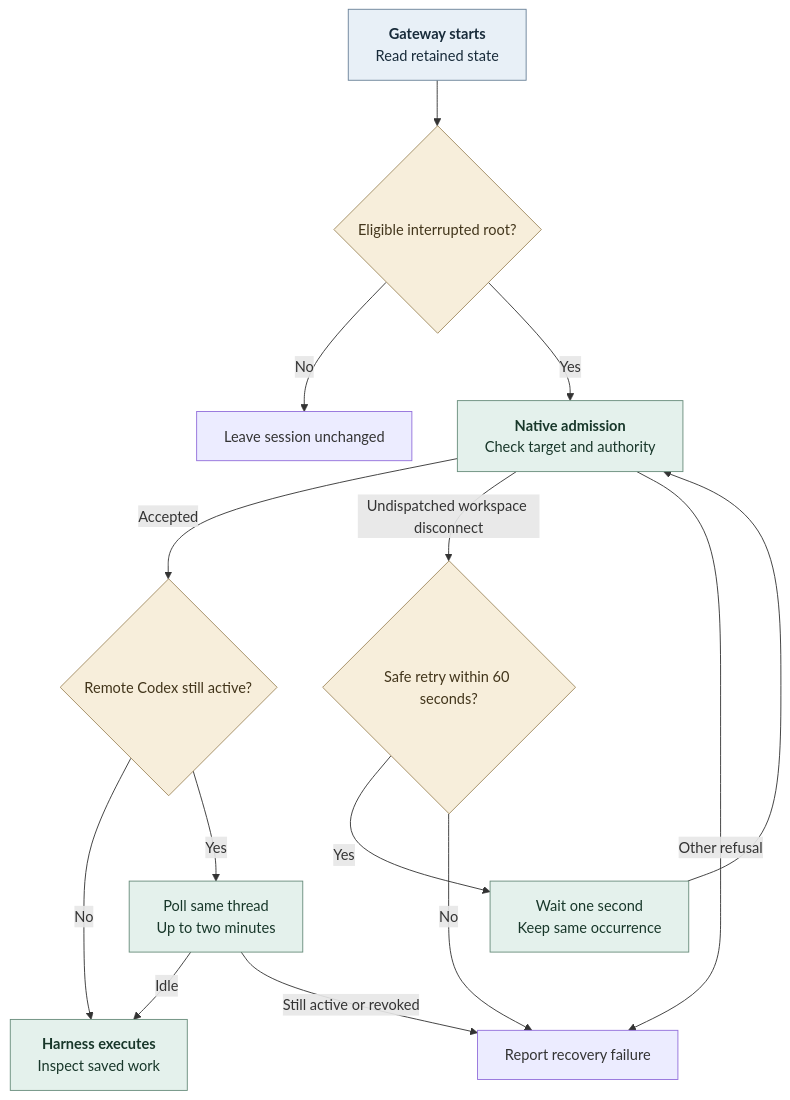
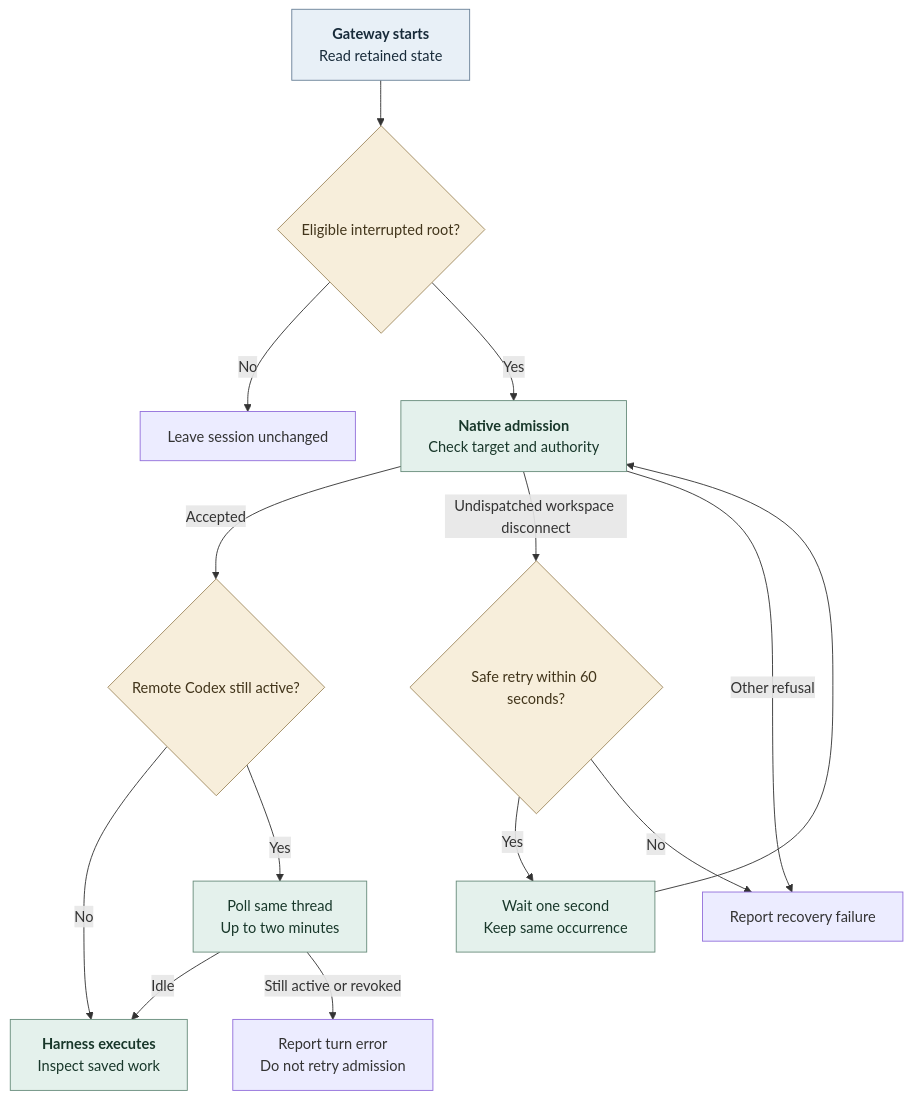
One commit to openclaw/openclaw-enterprise changed the diagram in docs/flows/harness-restart-recovery.md. Above: the diagram before and after it, drawn with Mermaid. The commit also changed 4 other files, not shown here.

````diff
--- a/docs/flows/harness-restart-recovery.md
+++ b/docs/flows/harness-restart-recovery.md
@@ -31,22 +31,22 @@
 ```mermaid
 graph TD
   A["<b>Gateway starts</b><br/>Read retained state"] --> B{"Eligible interrupted root?"}
   B -->|No| C["Leave session unchanged"]
   B -->|Yes| D["<b>Native admission</b><br/>Check target and authority"]
   D -->|Accepted| I{"Remote Codex still active?"}
   I -->|No| E["<b>Harness executes</b><br/>Inspect saved work"]
   I -->|Yes| J["Poll same thread<br/>Up to two minutes"]
   J -->|Idle| E
-  J -->|Still active or revoked| H
+  J -->|Still active or revoked| K["Report turn error<br/>Do not retry admission"]
   D -->|Undispatched workspace disconnect| F{"Safe retry within 60 seconds?"}
   F -->|Yes| G["Wait one second<br/>Keep same occurrence"]
   G --> D
   F -->|No| H["Report recovery failure"]
   D -->|Other refusal| H
   classDef state fill:#e8f0f7,stroke:#6b8299,color:#182b3a
   classDef work fill:#e4f1ec,stroke:#698d7c,color:#18372a
   classDef gate fill:#f7eedb,stroke:#a08b61,color:#42351b
   class A state
   class D,E,G,J work
   class B,F,I gate
 ```
````
